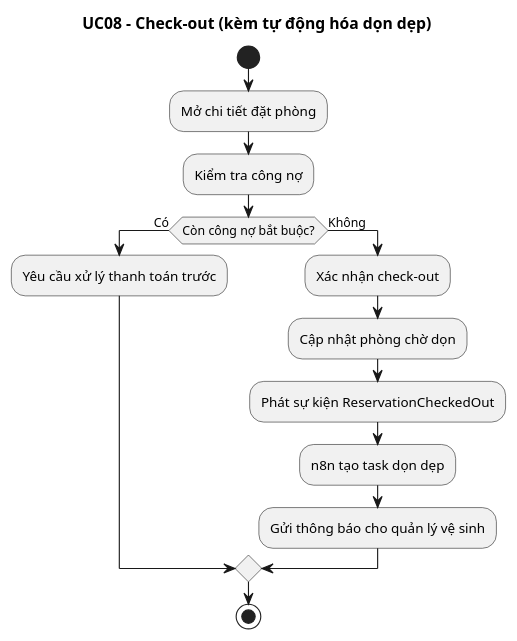
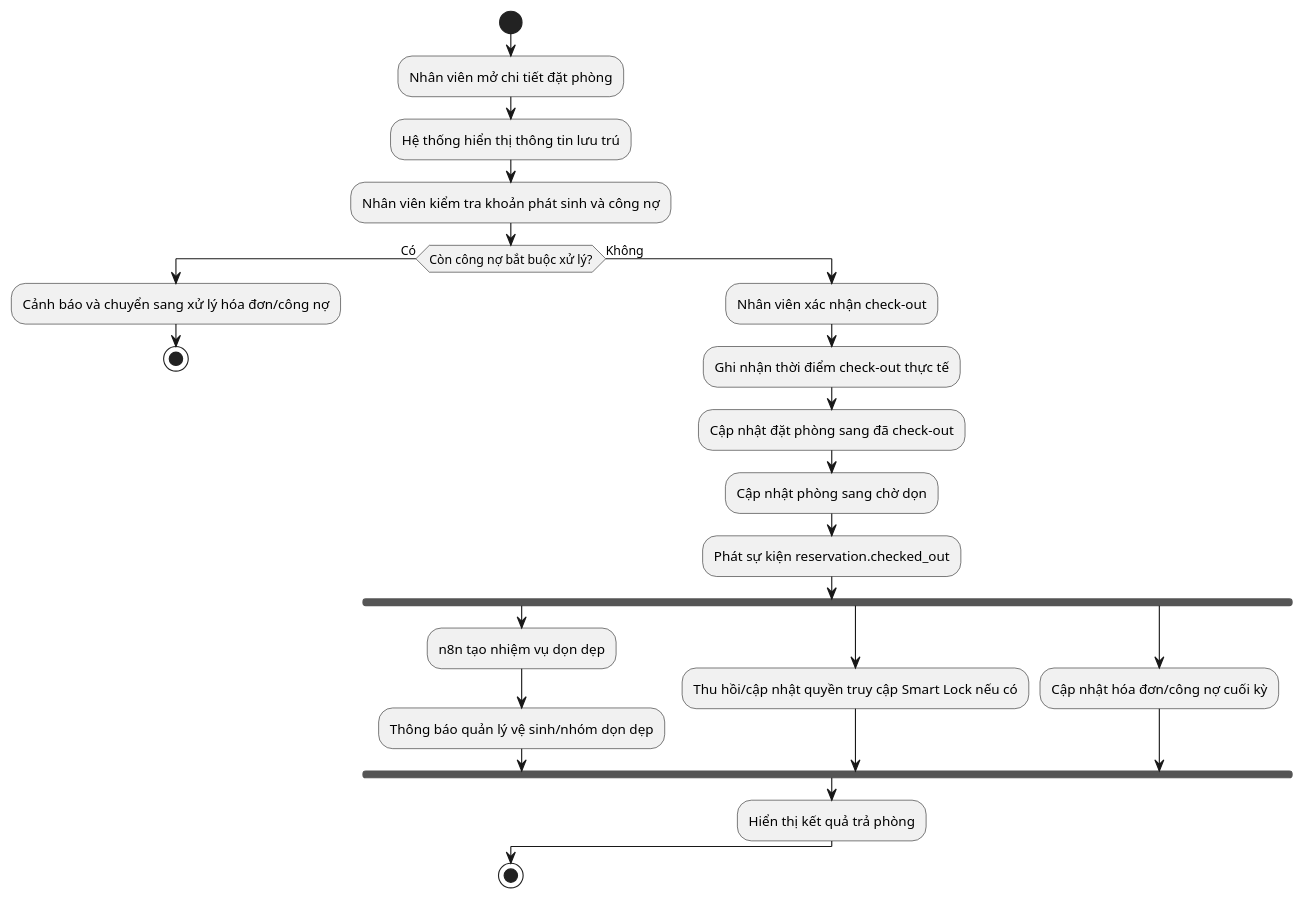
Before and after one commit to Dinhpham04/DA-KLTN_HOTEL_MANAGEMENT: the diagram in docs/activity_diagram/uc08-checkout-cleaning-automation.puml, drawn with PlantUML. The commit also changed 92 other files, not shown here.

```diff
--- a/docs/activity_diagram/uc08-checkout-cleaning-automation.puml
+++ b/docs/activity_diagram/uc08-checkout-cleaning-automation.puml
@@ -1,16 +1,31 @@
 @startuml uc08_checkout_cleaning_automation
-title UC08 - Check-out (kèm tự động hóa dọn dẹp)
 start
-:Mở chi tiết đặt phòng;
-:Kiểm tra công nợ;
-if (Còn công nợ bắt buộc?) then (Có)
-  :Yêu cầu xử lý thanh toán trước;
+
+:Nhân viên mở chi tiết đặt phòng;
+:Hệ thống hiển thị thông tin lưu trú;
+:Nhân viên kiểm tra khoản phát sinh và công nợ;
+
+if (Còn công nợ bắt buộc xử lý?) then (Có)
+  :Cảnh báo và chuyển sang xử lý hóa đơn/công nợ;
+  stop
 else (Không)
-  :Xác nhận check-out;
-  :Cập nhật phòng chờ dọn;
-  :Phát sự kiện ReservationCheckedOut;
-  :n8n tạo task dọn dẹp;
-  :Gửi thông báo cho quản lý vệ sinh;
+  :Nhân viên xác nhận check-out;
+  :Ghi nhận thời điểm check-out thực tế;
+  :Cập nhật đặt phòng sang đã check-out;
+  :Cập nhật phòng sang chờ dọn;
+  :Phát sự kiện reservation.checked_out;
+
+  fork
+    :n8n tạo nhiệm vụ dọn dẹp;
+    :Thông báo quản lý vệ sinh/nhóm dọn dẹp;
+  fork again
+    :Thu hồi/cập nhật quyền truy cập Smart Lock nếu có;
+  fork again
+    :Cập nhật hóa đơn/công nợ cuối kỳ;
+  end fork
+
+  :Hiển thị kết quả trả phòng;
 endif
+
 stop
 @enduml
```
